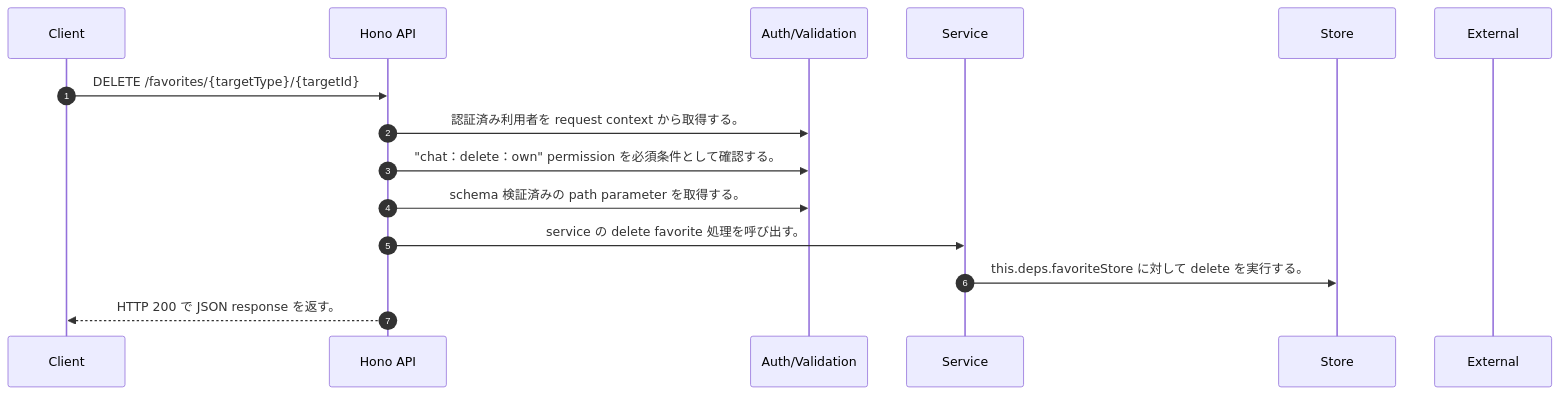
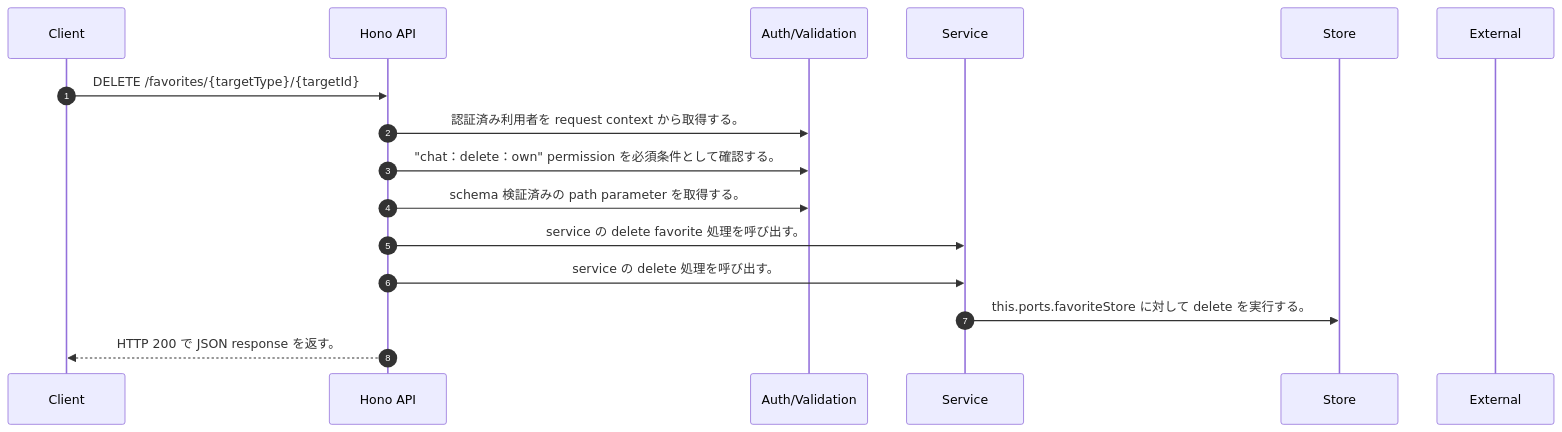
One commit to tsuji-tomonori/rag-assist changed the diagram in docs/generated/api-code/delete-favorites-targettype-targetid/sequence_gen.md. Above: the diagram before and after it, drawn with Mermaid. The commit also changed other lines of this file and 317 other files, not shown here.

````diff
--- a/docs/generated/api-code/delete-favorites-targettype-targetid/sequence_gen.md
+++ b/docs/generated/api-code/delete-favorites-targettype-targetid/sequence_gen.md
@@ -7,17 +7,18 @@
 ```mermaid
 sequenceDiagram
   autonumber
   participant Client as Client
   participant API as Hono API
   participant Auth as Auth/Validation
   participant Service as Service
   participant Store as Store
   participant External as External
   Client->>API: DELETE /favorites/{targetType}/{targetId}
   API->>Auth: 認証済み利用者を request context から取得する。
   API->>Auth: "chat：delete：own" permission を必須条件として確認する。
   API->>Auth: schema 検証済みの path parameter を取得する。
   API->>Service: service の delete favorite 処理を呼び出す。
-  Service->>Store: this.deps.favoriteStore に対して delete を実行する。
+  API->>Service: service の delete 処理を呼び出す。
+  Service->>Store: this.ports.favoriteStore に対して delete を実行する。
   API-->>Client: HTTP 200 で JSON response を返す。
 ```
````
